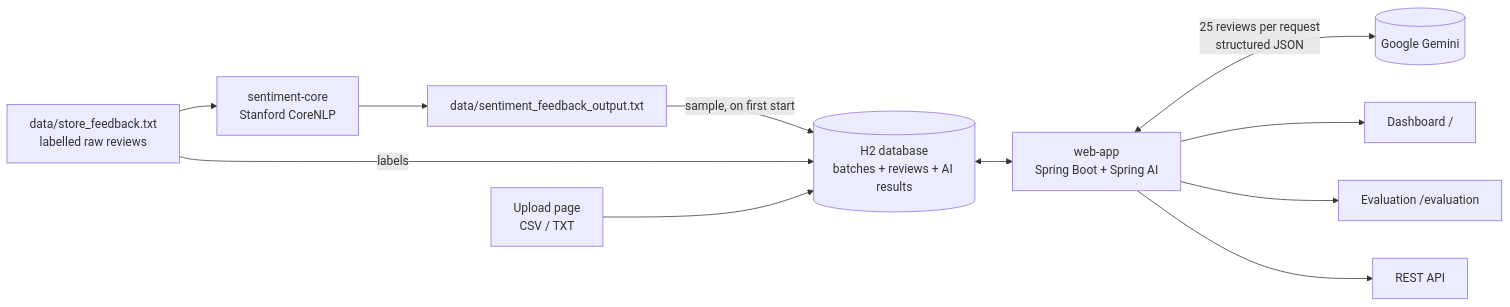
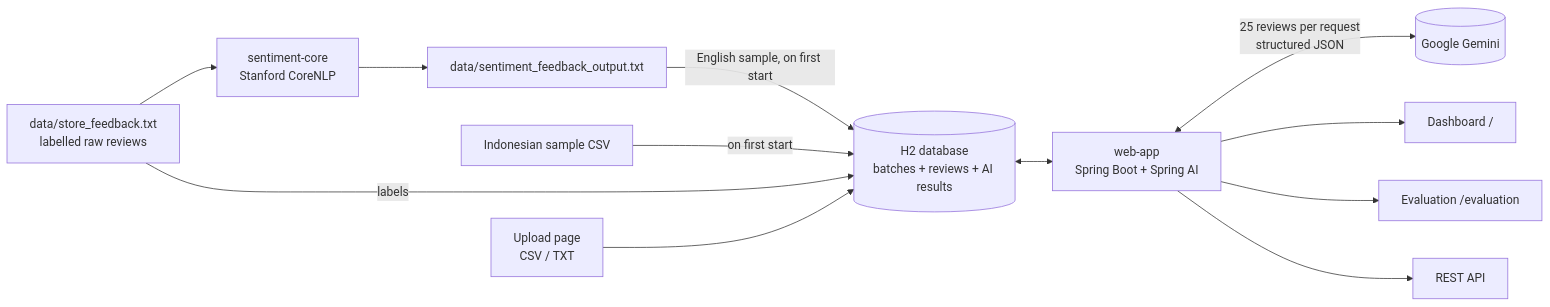
One commit to Ilham9675/retail-feedback-insights changed the diagram in README.md. Above: the diagram before and after it, drawn with Mermaid. The commit also changed other lines of this file and 14 other files, not shown here.

````diff
--- a/README.md
+++ b/README.md
@@ -28,13 +35,14 @@
 ```mermaid
 flowchart LR
     A[data/store_feedback.txt<br/>labelled raw reviews] --> B[sentiment-core<br/>Stanford CoreNLP]
     B --> C[data/sentiment_feedback_output.txt]
-    C -->|sample, on first start| DB[(H2 database<br/>batches + reviews + AI results)]
+    C -->|English sample, on first start| DB[(H2 database<br/>batches + reviews + AI results)]
+    ID[Indonesian sample CSV] -->|on first start| DB
     A -->|labels| DB
     U[Upload page<br/>CSV / TXT] --> DB
     DB <--> D[web-app<br/>Spring Boot + Spring AI]
     D <-->|25 reviews per request<br/>structured JSON| E[(Google Gemini)]
     D --> F[Dashboard /]
     D --> I[Evaluation /evaluation]
     D --> G[REST API]
 ```
````
